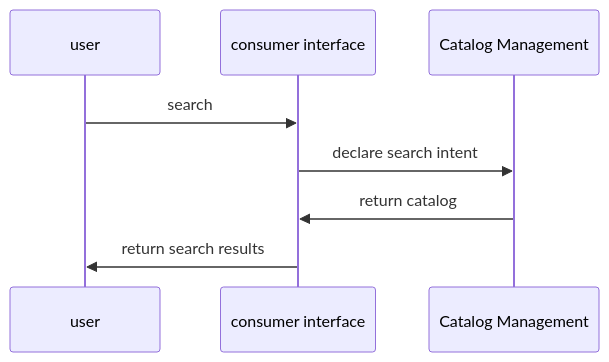
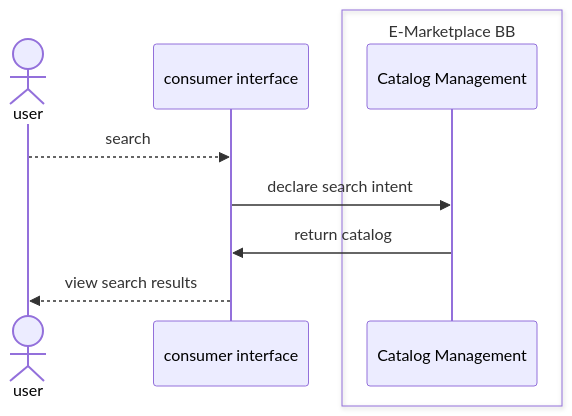
Before and after one commit to GovStackWorkingGroup/bb-emarketplace: the first of 15 diagrams in spec/9-workflows.md, drawn with Mermaid. The commit also changed other lines of this file, not shown here.

Commit message:
GITBOOK-44: Updating sequence flows - Searching

````diff
--- a/spec/9-workflows.md
+++ b/spec/9-workflows.md
@@ -34,7 +34,12 @@
 ```mermaid
 sequenceDiagram
-    user->>consumer interface: search 
+    Actor user
+    participant consumer interface
+    box E-Marketplace BB
+    participant Catalog Management
+    end
+    user-->>consumer interface: search 
     consumer interface->>Catalog Management:declare search intent
-   Catalog Management->>consumer interface:return catalog
-    consumer interface->>user:return search results
+    Catalog Management->>consumer interface:return catalog
+    consumer interface-->>user:view search results
 ```
````
